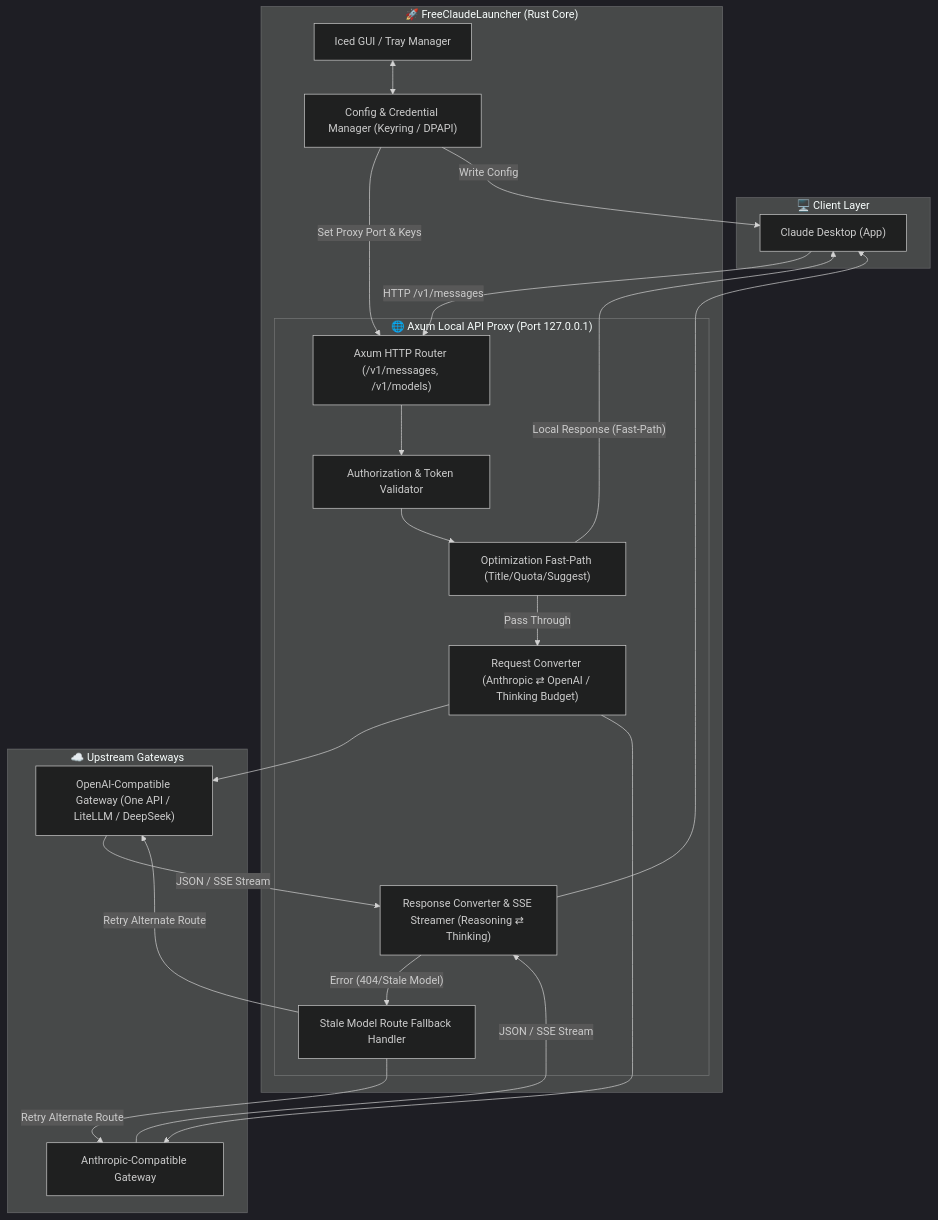
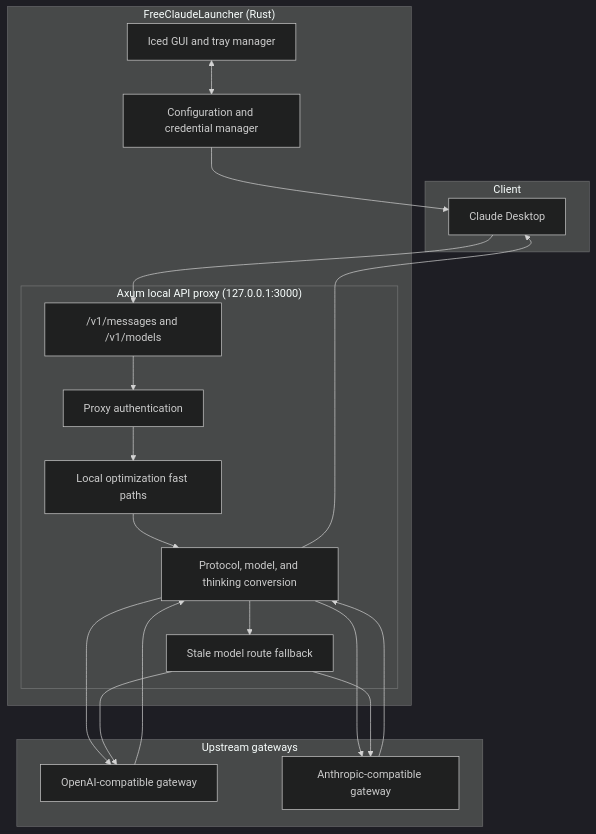
The first of 2 diagrams in README.md (mushroomTW/FreeClaudeDesktop), drawn with Mermaid (dark theme) before and after one commit. The commit also changed other lines of this file and 19 other files, not shown here.

````diff
--- a/README.md
+++ b/README.md
@@ -13,43 +15,33 @@
 ```mermaid
 flowchart TD
-    subgraph Client ["🖥️ Client Layer"]
-        CD["Claude Desktop (App)"]
+    subgraph Client ["Client"]
+        CD["Claude Desktop"]
     end
 
-    subgraph Launcher ["🚀 FreeClaudeLauncher (Rust Core)"]
-        GUI["Iced GUI / Tray Manager"]
-        Config["Config & Credential Manager (Keyring / DPAPI)"]
-        
-        subgraph ProxyServer ["🌐 Axum Local API Proxy (Port 127.0.0.1)"]
-            Router["Axum HTTP Router (/v1/messages, /v1/models)"]
-            AuthValidator["Authorization & Token Validator"]
-            FastPath["Optimization Fast-Path (Title/Quota/Suggest)"]
-            ReqConv["Request Converter (Anthropic ⇄ OpenAI / Thinking Budget)"]
-            RespConv["Response Converter & SSE Streamer (Reasoning ⇄ Thinking)"]
-            Fallback["Stale Model Route Fallback Handler"]
+    subgraph Launcher ["FreeClaudeLauncher (Rust)"]
+        GUI["Iced GUI and tray manager"]
+        Config["Configuration and credential manager"]
+
+        subgraph Proxy ["Axum local API proxy (127.0.0.1:3000)"]
+            Router["/v1/messages and /v1/models"]
+            Auth["Proxy authentication"]
+            FastPath["Local optimization fast paths"]
+            Converter["Protocol, model, and thinking conversion"]
+            Fallback["Stale model route fallback"]
         end
-
     end
 
-    subgraph Upstream ["☁️ Upstream Gateways"]
-        GW1["OpenAI-Compatible Gateway (One API / LiteLLM / DeepSeek)"]
-        GW2["Anthropic-Compatible Gateway"]
+    subgraph Upstream ["Upstream gateways"]
+        OpenAI["OpenAI-compatible gateway"]
+        Anthropic["Anthropic-compatible gateway"]
     end
 
-    CD -- "HTTP /v1/messages" --> Router
     GUI <--> Config
-    Config -- "Set Proxy Port & Keys" --> Router
-    Config -- "Write Config" --> CD
-
-    Router --> AuthValidator
-    AuthValidator --> FastPath
-    FastPath -- "Local Response (Fast-Path)" --> CD
-    FastPath -- "Pass Through" --> ReqConv
-
-    ReqConv --> GW1 & GW2
-    GW1 & GW2 -- "JSON / SSE Stream" --> RespConv
-    RespConv -- "Error (404/Stale Model)" --> Fallback
-    Fallback -- "Retry Alternate Route" --> GW1 & GW2
-    RespConv --> CD
-
+    Config --> CD
+    CD --> Router --> Auth --> FastPath --> Converter
+    Converter --> OpenAI & Anthropic
+    OpenAI & Anthropic --> Converter
+    Converter --> Fallback
+    Fallback --> OpenAI & Anthropic
+    Converter --> CD
 ```
````
